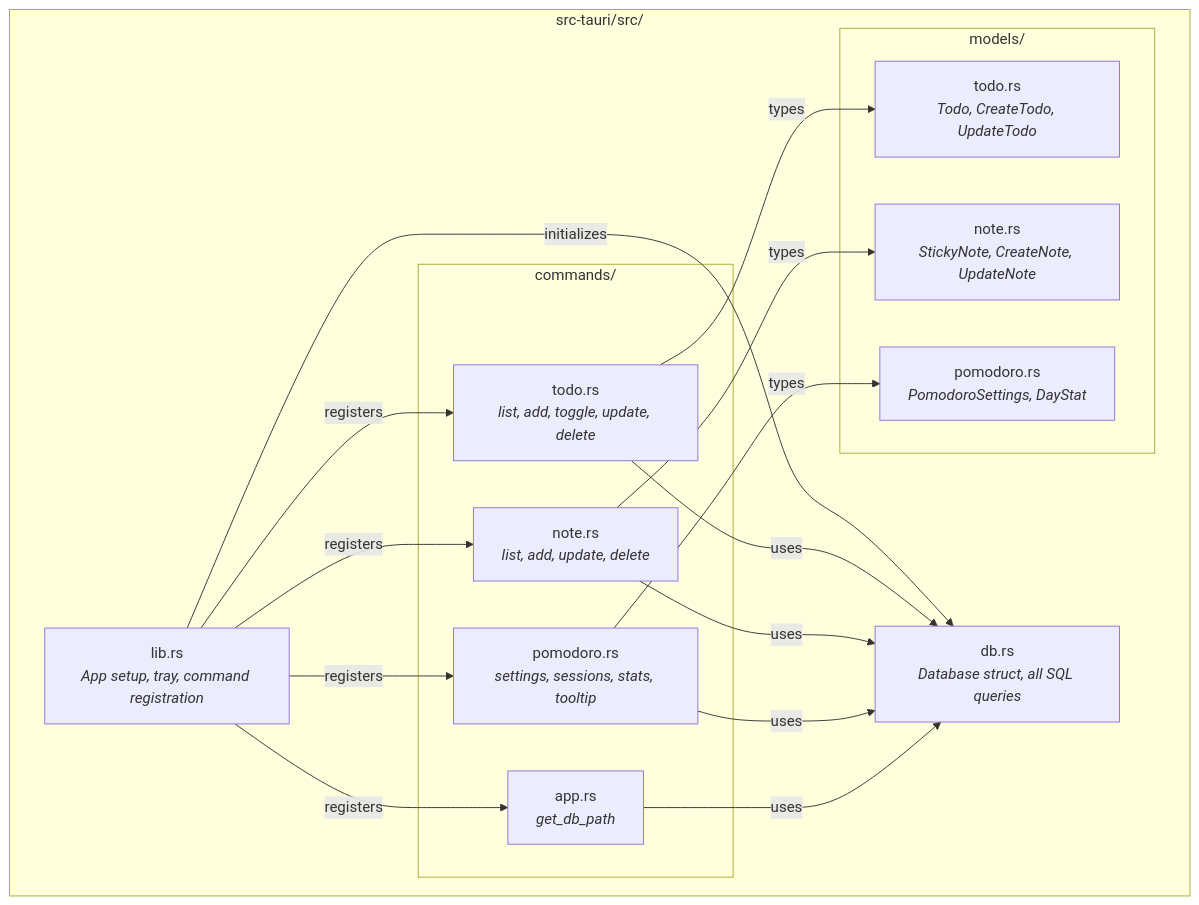
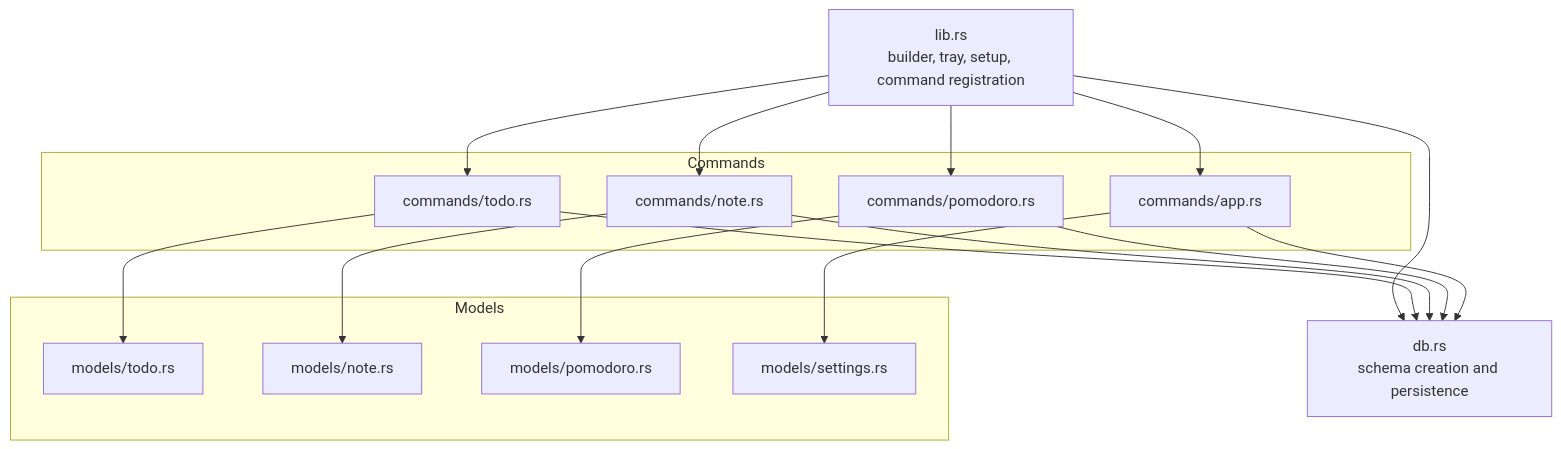
Before and after one commit to walterfan/lazy-todo-app: the third of 5 diagrams in doc/02-architecture.md, drawn with Mermaid. The commit also changed other lines of this file and 83 other files, not shown here.

````diff
--- a/doc/02-architecture.md
+++ b/doc/02-architecture.md
@@ -53,35 +56,35 @@
 ```mermaid
-graph TB
-    subgraph "src-tauri/src/"
-        LIB["lib.rs<br/><i>App setup, tray, command registration</i>"]
-        DB["db.rs<br/><i>Database struct, all SQL queries</i>"]
+graph TD
+    LIB["lib.rs<br/>builder, tray, setup, command registration"]
+    DB["db.rs<br/>schema creation and persistence"]
 
-        subgraph "commands/"
-            CMD_TODO["todo.rs<br/><i>list, add, toggle, update, delete</i>"]
-            CMD_NOTE["note.rs<br/><i>list, add, update, delete</i>"]
-            CMD_POMO["pomodoro.rs<br/><i>settings, sessions, stats, tooltip</i>"]
-            CMD_APP["app.rs<br/><i>get_db_path</i>"]
-        end
-
-        subgraph "models/"
-            MOD_TODO["todo.rs<br/><i>Todo, CreateTodo, UpdateTodo</i>"]
-            MOD_NOTE["note.rs<br/><i>StickyNote, CreateNote, UpdateNote</i>"]
-            MOD_POMO["pomodoro.rs<br/><i>PomodoroSettings, DayStat</i>"]
-        end
+    subgraph Commands
+        CMD_TODO["commands/todo.rs"]
+        CMD_NOTE["commands/note.rs"]
+        CMD_POMO["commands/pomodoro.rs"]
+        CMD_APP["commands/app.rs"]
     end
 
-    LIB -->|registers| CMD_TODO
-    LIB -->|registers| CMD_NOTE
-    LIB -->|registers| CMD_POMO
-    LIB -->|registers| CMD_APP
-    LIB -->|initializes| DB
+    subgraph Models
+        MOD_TODO["models/todo.rs"]
+        MOD_NOTE["models/note.rs"]
+        MOD_POMO["models/pomodoro.rs"]
+        MOD_SETTINGS["models/settings.rs"]
+    end
 
-    CMD_TODO -->|uses| DB
-    CMD_NOTE -->|uses| DB
-    CMD_POMO -->|uses| DB
-    CMD_APP -->|uses| DB
+    LIB --> DB
+    LIB --> CMD_TODO
+    LIB --> CMD_NOTE
+    LIB --> CMD_POMO
+    LIB --> CMD_APP
 
-    CMD_TODO -->|types| MOD_TODO
-    CMD_NOTE -->|types| MOD_NOTE
-    CMD_POMO -->|types| MOD_POMO
+    CMD_TODO --> DB
+    CMD_NOTE --> DB
+    CMD_POMO --> DB
+    CMD_APP --> DB
+
+    CMD_TODO --> MOD_TODO
+    CMD_NOTE --> MOD_NOTE
+    CMD_POMO --> MOD_POMO
+    CMD_APP --> MOD_SETTINGS
 ```
````
